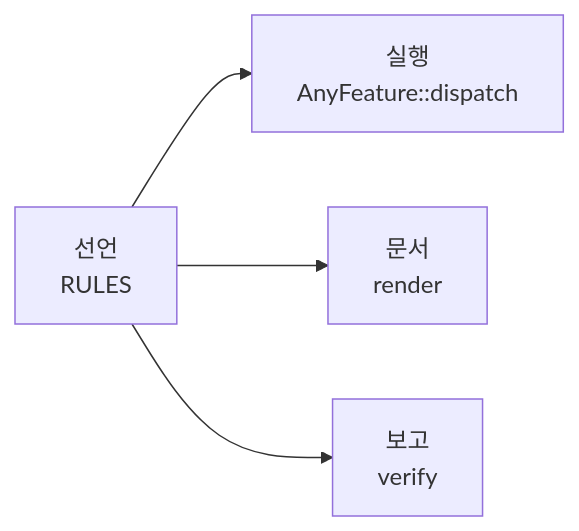
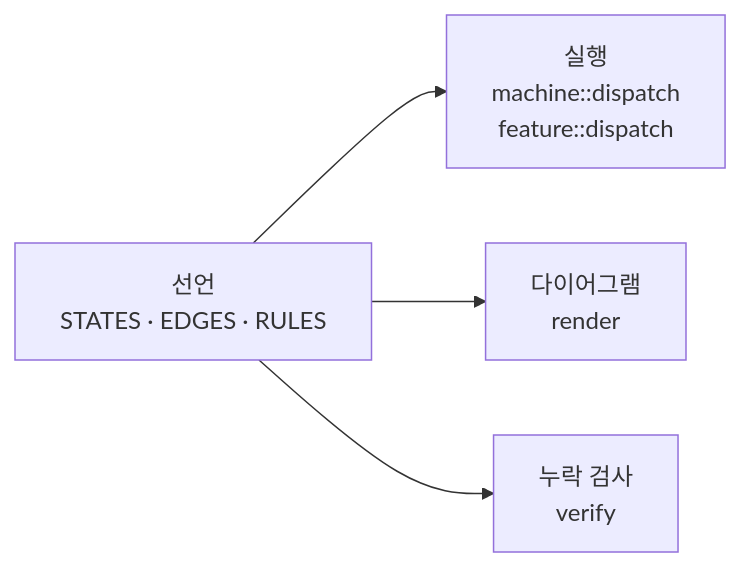
Before and after one commit to 4artit/declared: the diagram in docs/README.md, drawn with Mermaid. The commit also changed other lines of this file and 22 other files, not shown here.

Commit message:
rollback sm deletion / change diagram generation uses events(when) for the source

````diff
--- a/docs/README.md
+++ b/docs/README.md
@@ -22,7 +22,7 @@
 ```mermaid
 flowchart LR
-    D["선언<br/>RULES"]
-    D --> R["실행<br/>AnyFeature::dispatch"]
-    D --> G["문서<br/>render"]
-    D --> V["보고<br/>verify"]
+    D["선언<br/>STATES · EDGES · RULES"]
+    D --> R["실행<br/>machine::dispatch<br/>feature::dispatch"]
+    D --> G["다이어그램<br/>render"]
+    D --> V["누락 검사<br/>verify"]
 ```
````
